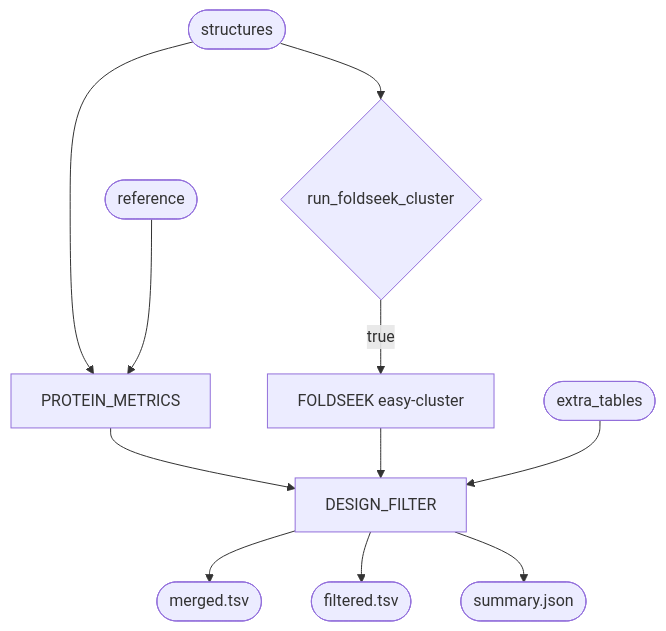
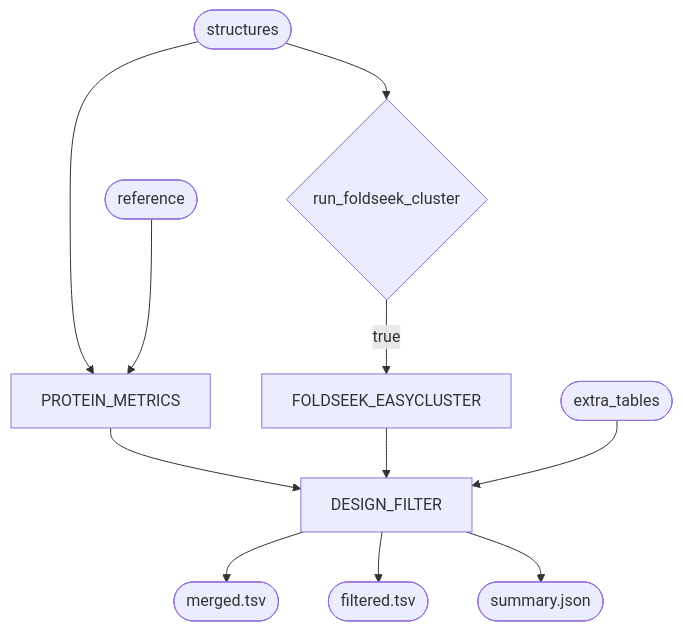
The diagram in resources/wrappers/subworkflows/local/design_postprocess/wrapper/dag.mmd (dxsbiocc/phi-packages), drawn with Mermaid before and after one commit. The commit also changed 28 other files, not shown here.

Commit message:
refactor(wrappers): split local/foldseek into easysearch and easycluster subcommand modules

```diff
--- a/resources/wrappers/subworkflows/local/design_postprocess/wrapper/dag.mmd
+++ b/resources/wrappers/subworkflows/local/design_postprocess/wrapper/dag.mmd
@@ -1,24 +1,24 @@
 flowchart TD
     in_struct([structures])
     in_extra([extra_tables])
     in_ref([reference])
 
     p_metrics[PROTEIN_METRICS]
     d_clu{run_foldseek_cluster}
-    p_foldseek[FOLDSEEK easy-cluster]
+    p_foldseek[FOLDSEEK_EASYCLUSTER]
     p_filter[DESIGN_FILTER]
 
     out_merged([merged.tsv])
     out_filtered([filtered.tsv])
     out_summary([summary.json])
 
     in_struct --> p_metrics
     in_ref --> p_metrics
     in_struct --> d_clu
     d_clu -->|true| p_foldseek
     p_metrics --> p_filter
     p_foldseek --> p_filter
     in_extra --> p_filter
     p_filter --> out_merged
     p_filter --> out_filtered
     p_filter --> out_summary
```
